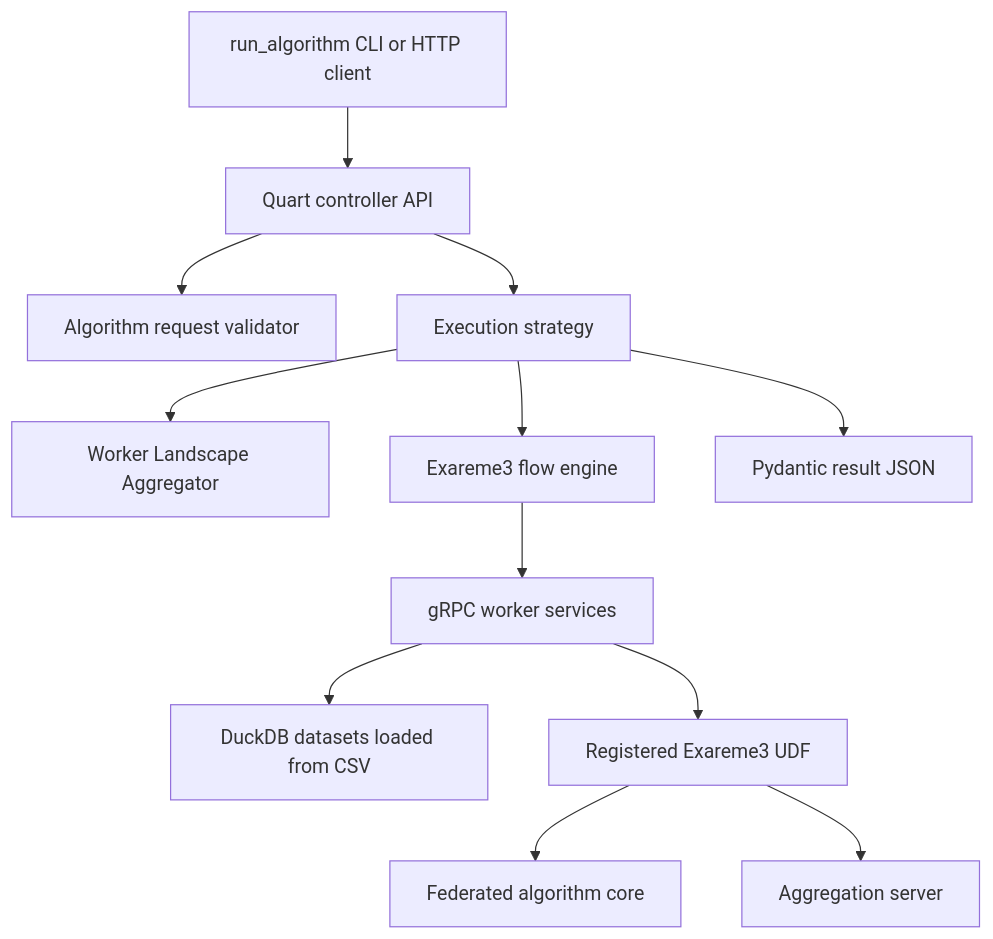
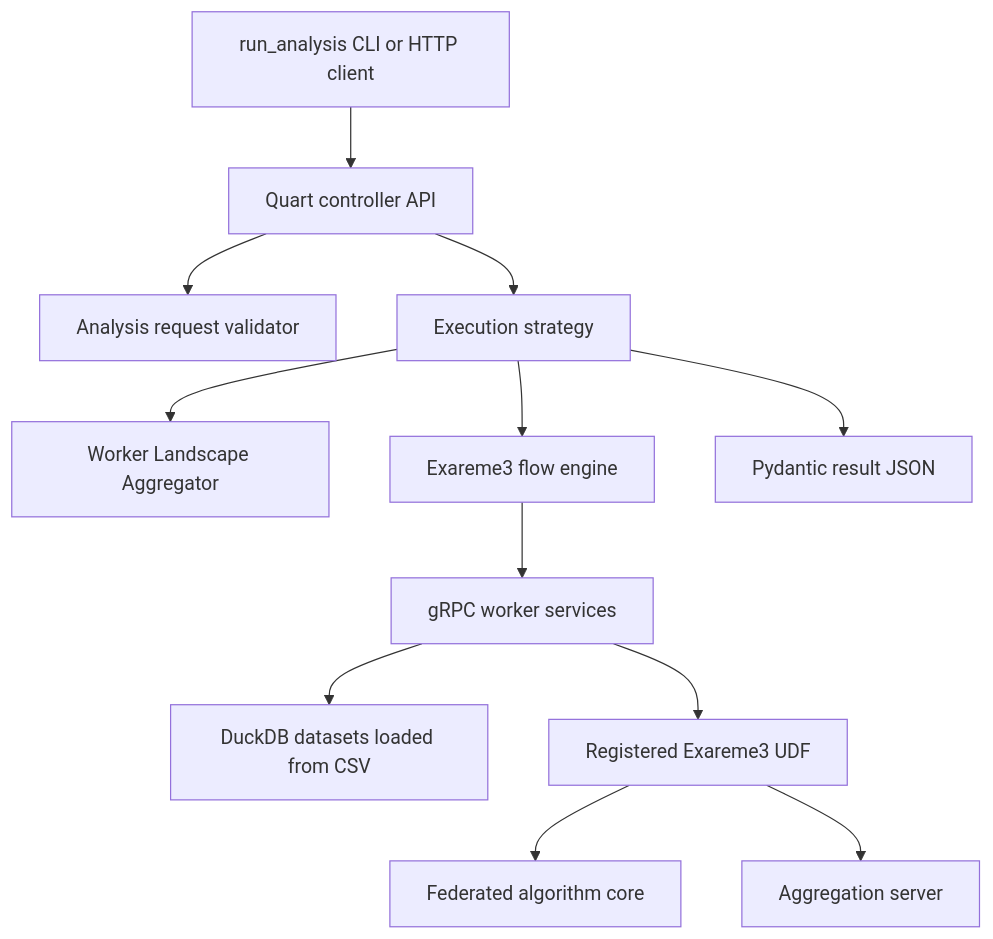
One commit to madgik/exaflow changed the diagram in documentation/context/architecture.md. Above: the diagram before and after it, drawn with Mermaid. The commit also changed other lines of this file and 124 other files, not shown here.

First line of the commit message:
feat: Refactor algorithm requests to analysis requests

````diff
--- a/documentation/context/architecture.md
+++ b/documentation/context/architecture.md
@@ -15,14 +15,14 @@
 ```mermaid
 flowchart TD
-  CLI[run_algorithm CLI or HTTP client] --> API[Quart controller API]
-  API --> Validator[Algorithm request validator]
+  CLI[run_analysis CLI or HTTP client] --> API[Quart controller API]
+  API --> Validator[Analysis request validator]
   API --> Strategy[Execution strategy]
   Strategy --> WLA[Worker Landscape Aggregator]
   Strategy --> Engine[Exareme3 flow engine]
   Engine --> Workers[gRPC worker services]
   Workers --> DuckDB[DuckDB datasets loaded from CSV]
   Workers --> UDF[Registered Exareme3 UDF]
   UDF --> Core[Federated algorithm core]
   UDF --> Agg[Aggregation server]
   Strategy --> Response[Pydantic result JSON]
 ```
````
